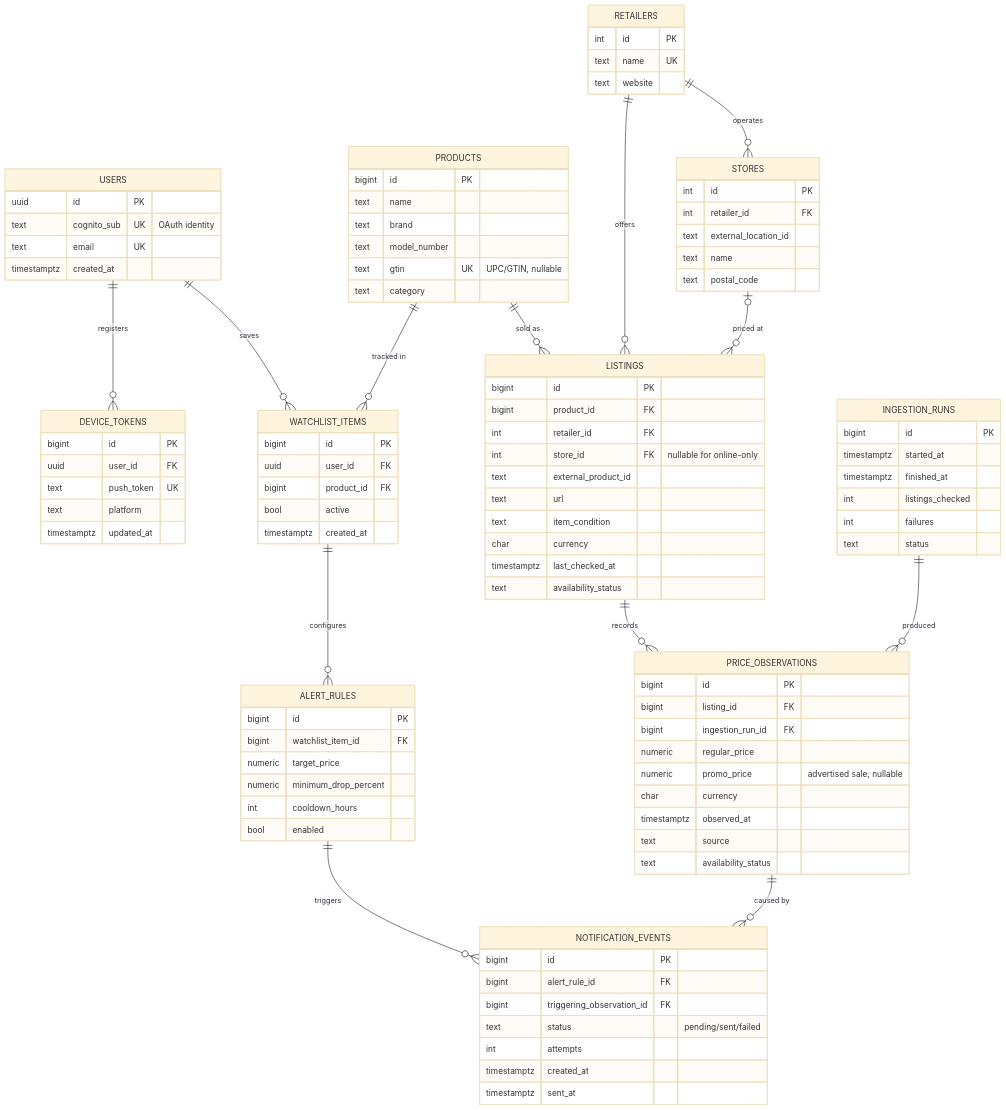
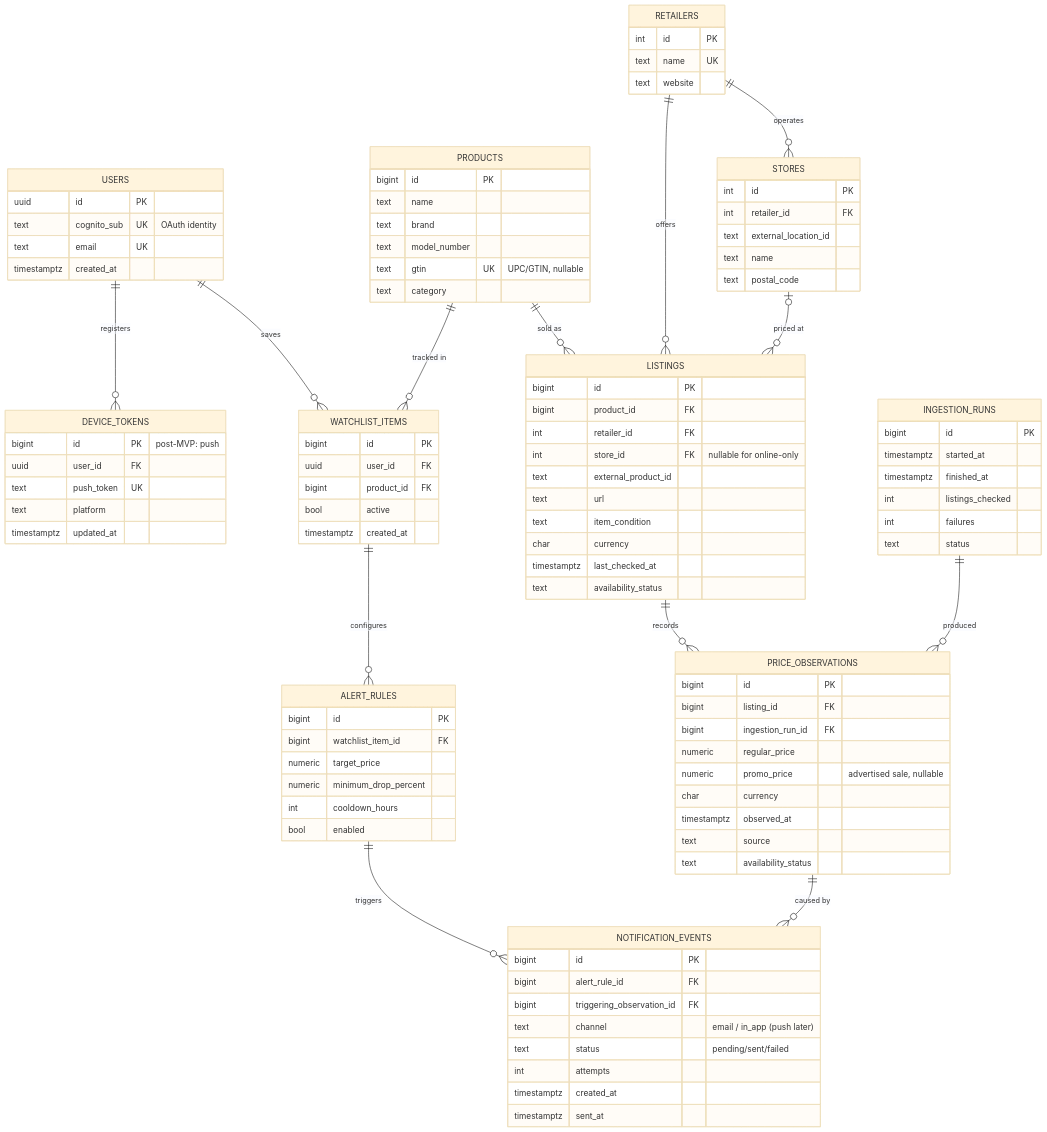
Before and after one commit to madalynkeyes/tagvello: the second of 2 diagrams in README.md, drawn with Mermaid (base theme). The commit also changed other lines of this file, not shown here.

```diff
--- a/README.md
+++ b/README.md
@@ -184,13 +184,14 @@
         bigint id PK
         bigint alert_rule_id FK
         bigint triggering_observation_id FK
+        text channel "email / in_app (push later)"
         text status "pending/sent/failed"
         int attempts
         timestamptz created_at
         timestamptz sent_at
     }
     DEVICE_TOKENS {
-        bigint id PK
+        bigint id PK "post-MVP: push"
         uuid user_id FK
         text push_token UK
         text platform
```
